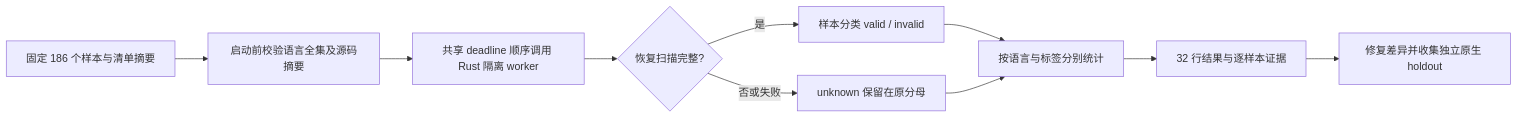
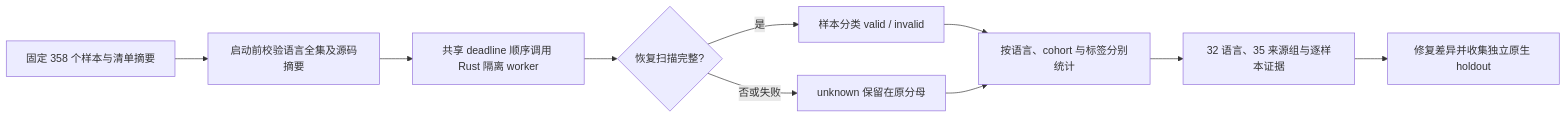
Before and after one commit to full-stack-plugins/codeguard: the diagram in docs/Codeguard-Grammar-Evaluation.zh_CN.md, drawn with Mermaid. The commit also changed other lines of this file and 30 other files, not shown here.

````diff
--- a/docs/Codeguard-Grammar-Evaluation.zh_CN.md
+++ b/docs/Codeguard-Grammar-Evaluation.zh_CN.md
@@ -23,12 +23,12 @@
 ```mermaid
 flowchart LR
-    A[固定 186 个样本与清单摘要] --> B[启动前校验语言全集及源码摘要]
+    A[固定 358 个样本与清单摘要] --> B[启动前校验语言全集及源码摘要]
     B --> C[共享 deadline 顺序调用 Rust 隔离 worker]
     C --> D{恢复扫描完整?}
     D -->|是| E[样本分类 valid / invalid]
     D -->|否或失败| F[unknown 保留在原分母]
-    E --> G[按语言与标签分别统计]
+    E --> G[按语言、cohort 与标签分别统计]
     F --> G
-    G --> H[32 行结果与逐样本证据]
+    G --> H[32 语言、35 来源组与逐样本证据]
     H --> I[修复差异并收集独立原生 holdout]
 ```
````
